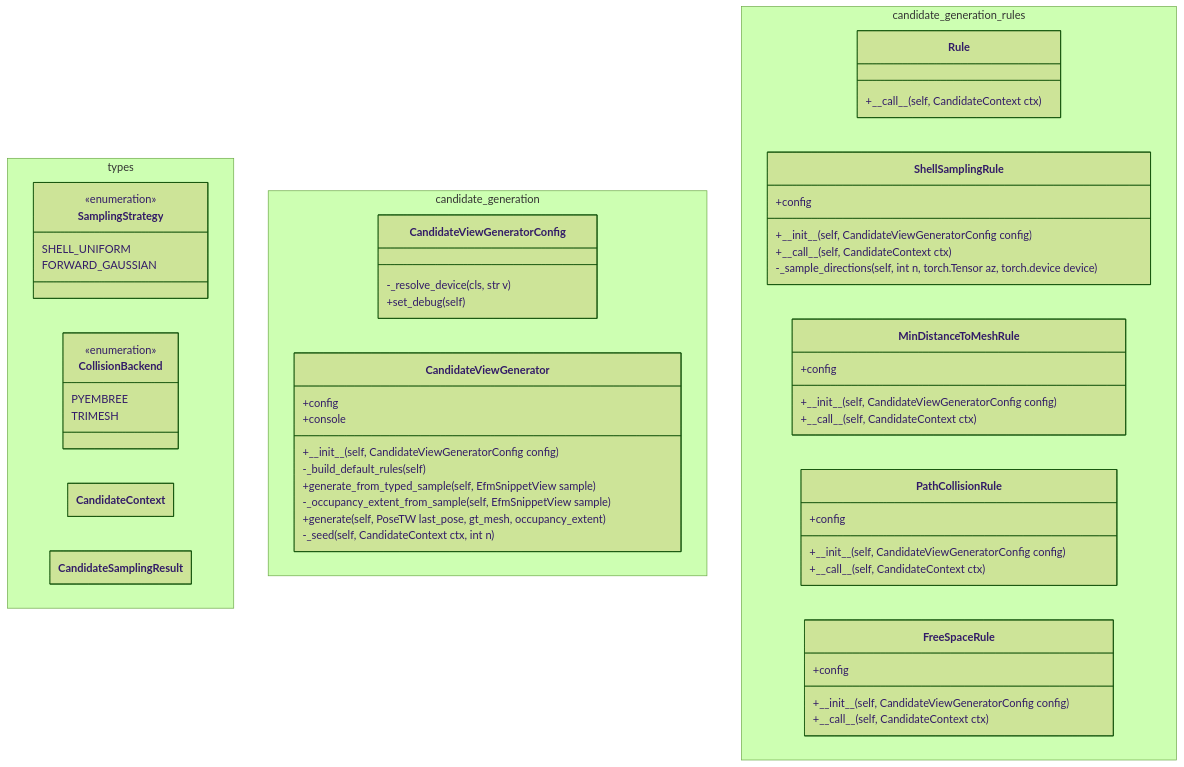
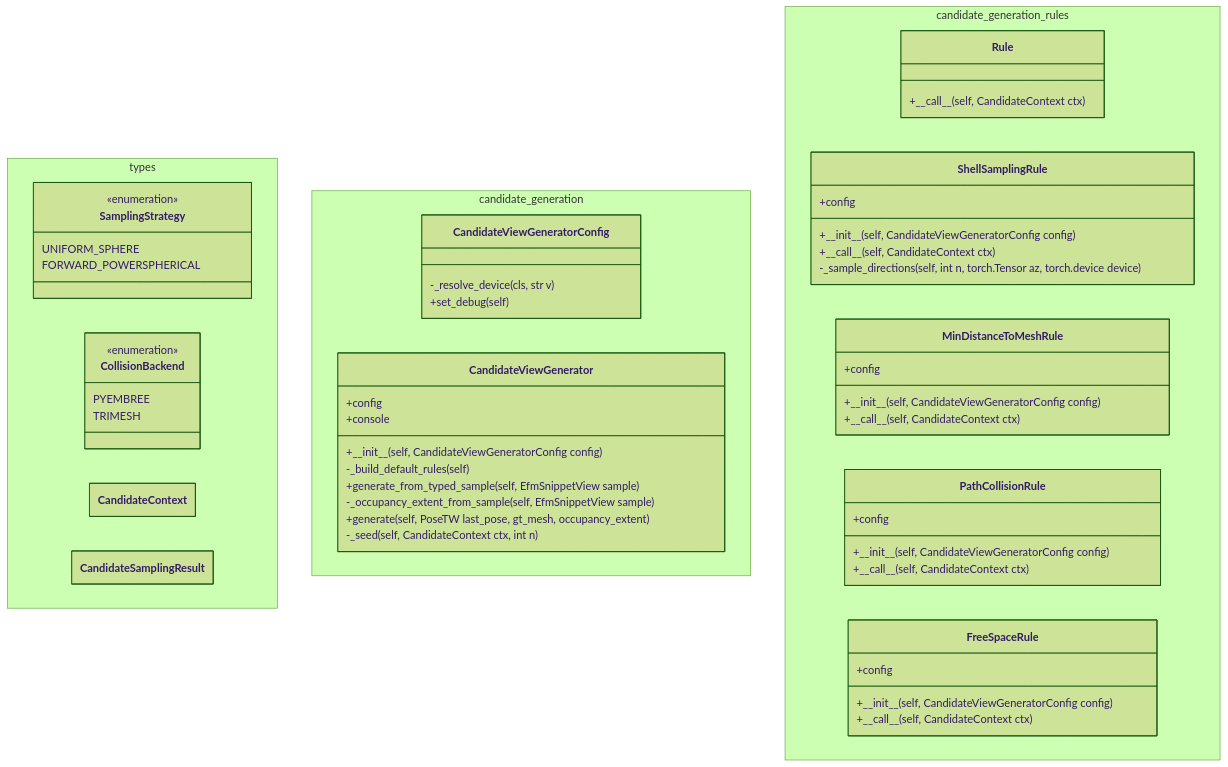
One commit to JanDuchscherer104/ARIA-NBV changed the diagram in docs/typst/slides/pose_generation_diagram.mmd. Above: the diagram before and after it, drawn with Mermaid (forest theme). The commit also changed 34 other files, not shown here.

```diff
--- a/docs/typst/slides/pose_generation_diagram.mmd
+++ b/docs/typst/slides/pose_generation_diagram.mmd
@@ -1,68 +1,68 @@
 ---
-title: 
+title:
 config:
   class:
     hideEmptyMembersBox: true
 ---
 classDiagram
 namespace types{
     class SamplingStrategy{
         <<enumeration>>
-        SHELL_UNIFORM
-        FORWARD_GAUSSIAN
+        UNIFORM_SPHERE
+        FORWARD_POWERSPHERICAL
 
     }
     class CollisionBackend{
         <<enumeration>>
         PYEMBREE
         TRIMESH
 
     }
     class CandidateContext{
     }
     class CandidateSamplingResult{
     }
 }
 namespace candidate_generation{
     class CandidateViewGeneratorConfig{
         -_resolve_device(cls, str v)
         +set_debug(self)
     }
     class CandidateViewGenerator{
         +config
         +console
         +\_\_init\_\_(self, CandidateViewGeneratorConfig config)
         -_build_default_rules(self)
         +generate_from_typed_sample(self, EfmSnippetView sample)
         -_occupancy_extent_from_sample(self, EfmSnippetView sample)
         +generate(self, PoseTW last_pose, gt_mesh, occupancy_extent)
         -_seed(self, CandidateContext ctx, int n)
     }
 }
 namespace candidate_generation_rules{
     class Rule{
         +\_\_call\_\_(self, CandidateContext ctx)
     }
     class ShellSamplingRule{
         +config
         +\_\_init\_\_(self, CandidateViewGeneratorConfig config)
         +\_\_call\_\_(self, CandidateContext ctx)
         -_sample_directions(self, int n, torch.Tensor az, torch.device device)
     }
     class MinDistanceToMeshRule{
         +config
         +\_\_init\_\_(self, CandidateViewGeneratorConfig config)
         +\_\_call\_\_(self, CandidateContext ctx)
     }
     class PathCollisionRule{
         +config
         +\_\_init\_\_(self, CandidateViewGeneratorConfig config)
         +\_\_call\_\_(self, CandidateContext ctx)
     }
     class FreeSpaceRule{
         +config
         +\_\_init\_\_(self, CandidateViewGeneratorConfig config)
         +\_\_call\_\_(self, CandidateContext ctx)
     }
 }
 %% inheritance
```
